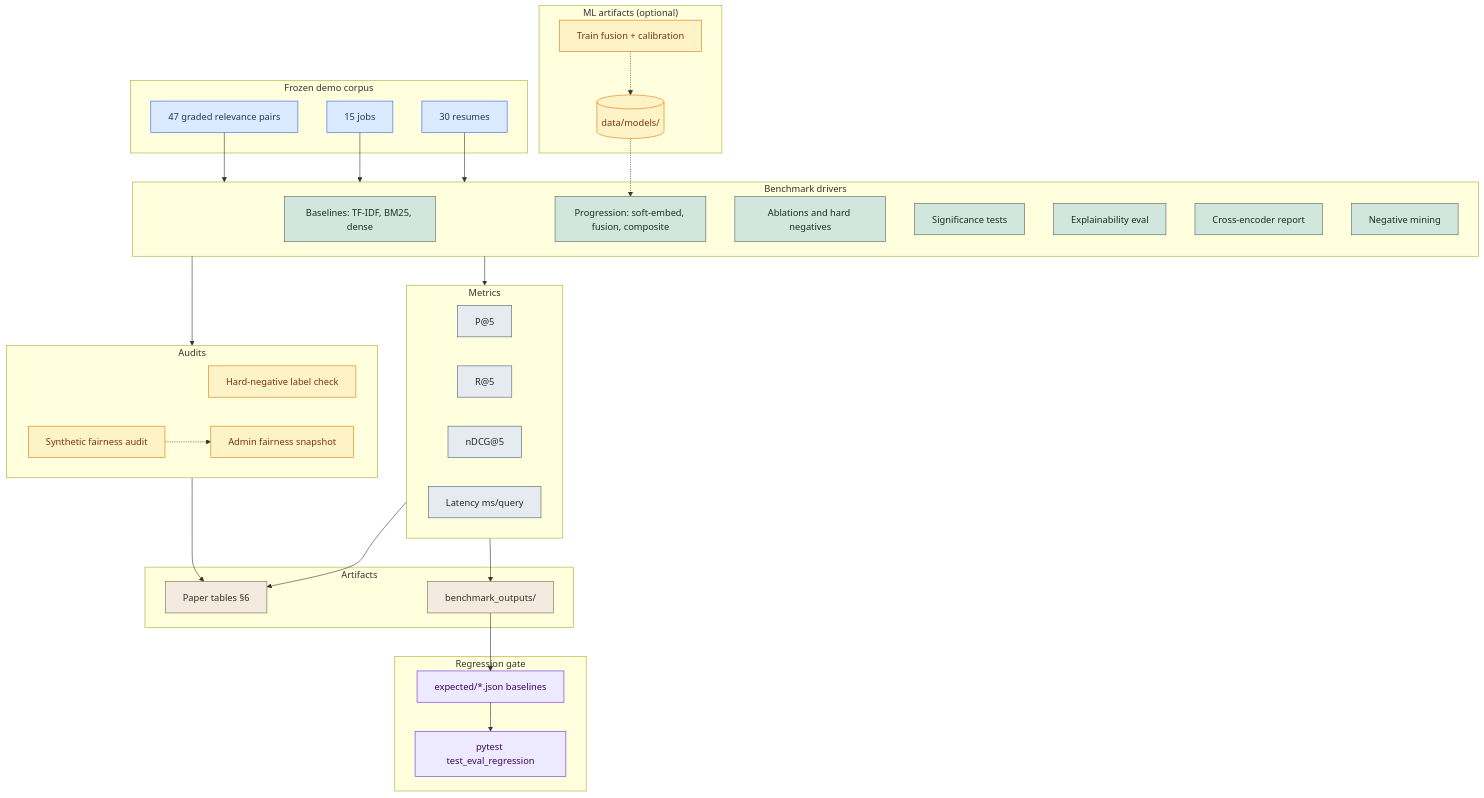
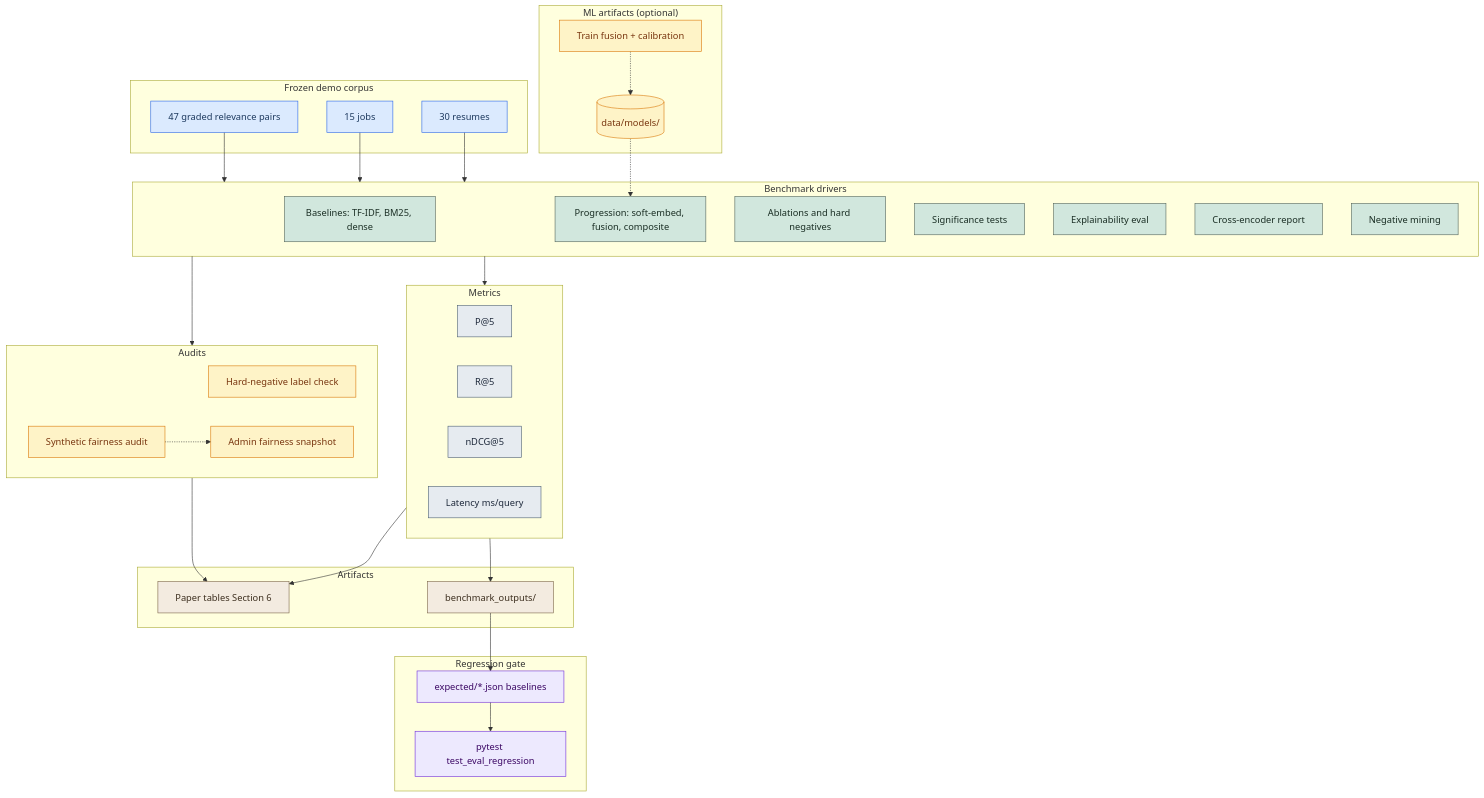
Before and after one commit to Harsh23Kashyap/Job-Matching-Agentic: the ninth of 9 diagrams in docs/submission/jaamas/figures/DIAGRAM-DESIGNS.md, drawn with Mermaid. The commit also changed other lines of this file and 11 other files, not shown here.

First line of the commit message:
docs(jaamas): replace section sign and em dashes in portal and figure docs

````diff
--- a/docs/submission/jaamas/figures/DIAGRAM-DESIGNS.md
+++ b/docs/submission/jaamas/figures/DIAGRAM-DESIGNS.md
@@ -748,76 +748,76 @@
 ```mermaid
 flowchart TB
   subgraph CORP["Frozen demo corpus"]
     CVS["30 resumes"]
     JBS["15 jobs"]
     PAIRS["47 graded relevance pairs"]
   end
 
   subgraph RUN["Benchmark drivers"]
     BASE["Baselines: TF-IDF, BM25, dense"]
     PROG["Progression: soft-embed, fusion, composite"]
     ABL["Ablations and hard negatives"]
     SIG["Significance tests"]
     XPL["Explainability eval"]
     CER["Cross-encoder report"]
     NM["Negative mining"]
   end
 
   subgraph ML["ML artifacts (optional)"]
     TRAIN["Train fusion + calibration"]
     MODELS[("data/models/")]
   end
 
   subgraph MET["Metrics"]
     P["P@5"]
     R["R@5"]
     N["nDCG@5"]
     LAT["Latency ms/query"]
   end
 
   subgraph AUD["Audits"]
     FN["Hard-negative label check"]
     FF["Synthetic fairness audit"]
     LIVE["Admin fairness snapshot"]
   end
 
   subgraph GATE["Regression gate"]
     EXP["expected/*.json baselines"]
     PYT["pytest test_eval_regression"]
   end
 
   subgraph OUT["Artifacts"]
-    TBL["Paper tables §6"]
+    TBL["Paper tables Section 6"]
     JSON["benchmark_outputs/"]
   end
 
   CVS --> RUN
   JBS --> RUN
   PAIRS --> RUN
   RUN --> MET
   RUN --> AUD
   TRAIN -.-> MODELS
   MODELS -.-> PROG
   MET --> TBL
   AUD --> TBL
   MET --> JSON
   JSON --> EXP
   EXP --> PYT
   FF -.-> LIVE
 
   classDef corpus fill:#dbeafe,stroke:#2563eb,color:#1e3a5f
   classDef run fill:#d1e7dd,stroke:#52635a,color:#1a2e24
   classDef ml fill:#fef3c7,stroke:#d97706,color:#78350f
   classDef metrics fill:#e6ebf0,stroke:#4a5d72,color:#1e293b
   classDef audit fill:#fef3c7,stroke:#d97706,color:#78350f
   classDef gate fill:#ede9fe,stroke:#6d28d9,color:#3b0764
   classDef artifacts fill:#f3ebe0,stroke:#7a6348,color:#3d2f1f
 
   class CVS,JBS,PAIRS corpus
   class BASE,PROG,ABL,SIG,XPL,CER,NM run
   class TRAIN,MODELS ml
   class P,R,N,LAT metrics
   class FN,FF,LIVE audit
   class EXP,PYT gate
   class TBL,JSON artifacts
 ```
````
